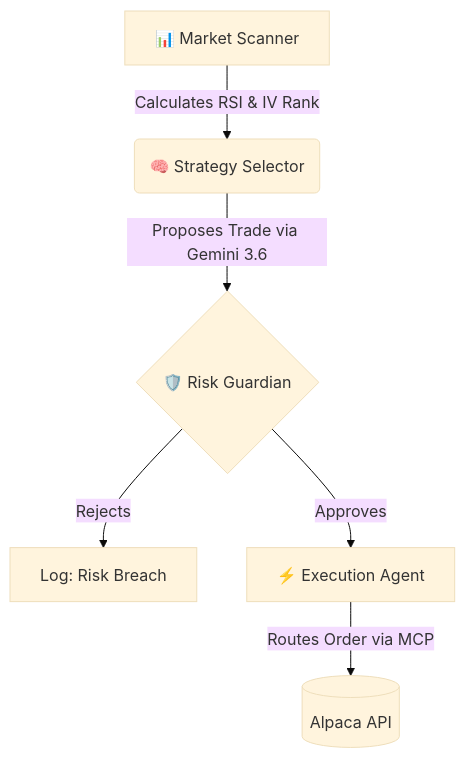
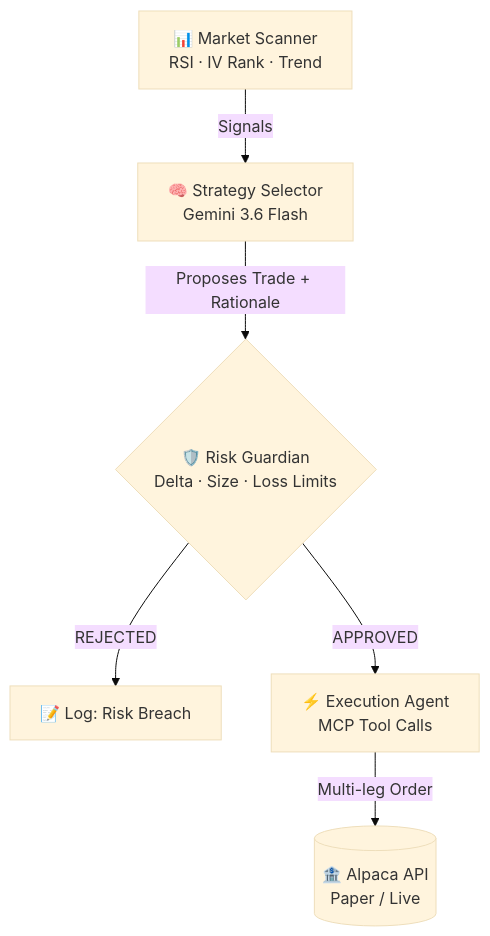
Before and after one commit to shambhushekharsinha-engg/alphaloop-autonomous: the diagram in README.md, drawn with Mermaid (base theme). The commit also changed other lines of this file and 2 other files, not shown here.

Commit message:
✅ Final polish: fix /api/health, perfect README badges, upgraded PDF presentation

````diff
--- a/README.md
+++ b/README.md
@@ -58,8 +51,8 @@
 ```mermaid
 graph TD;
-    A[📊 Market Scanner] -->|Calculates RSI & IV Rank| B(🧠 Strategy Selector);
-    B -->|Proposes Trade via Gemini 3.6| C{🛡️ Risk Guardian};
-    C -->|Rejects| D[Log: Risk Breach];
-    C -->|Approves| E[⚡ Execution Agent];
-    E -->|Routes Order via MCP| F[(Alpaca API)];
+    A["📊 Market Scanner<br/>RSI · IV Rank · Trend"] -->|"Signals"| B["🧠 Strategy Selector<br/>Gemini 3.6 Flash"];
+    B -->|"Proposes Trade + Rationale"| C{"🛡️ Risk Guardian<br/>Delta · Size · Loss Limits"};
+    C -->|"REJECTED"| D["📝 Log: Risk Breach"];
+    C -->|"APPROVED"| E["⚡ Execution Agent<br/>MCP Tool Calls"];
+    E -->|"Multi-leg Order"| F[("🏦 Alpaca API<br/>Paper / Live")];
 ```
````
